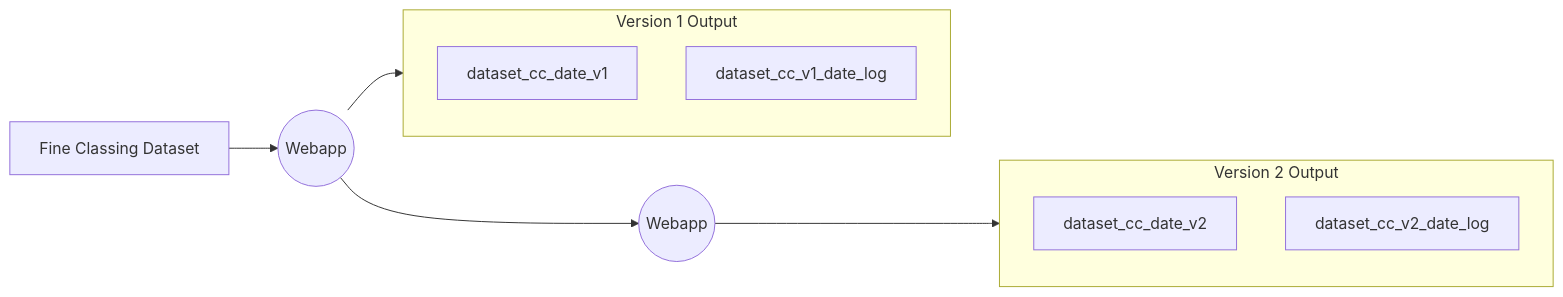
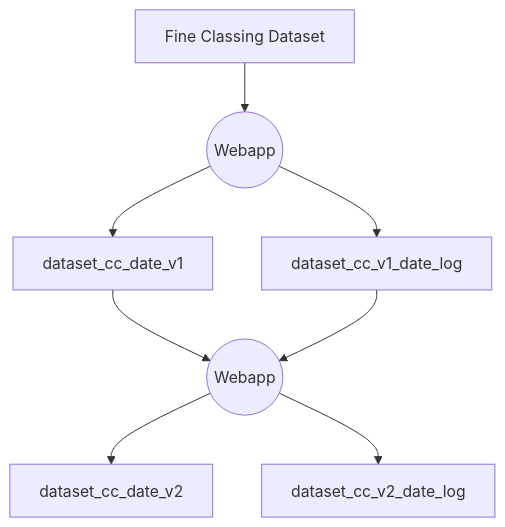
One commit to HaoWuSprintMilestone/NorthernArc_Rebuild changed the diagram in doc/Implementation.md. Above: the diagram before and after it, drawn with Mermaid.

Commit message:
update workflow

````diff
--- a/doc/Implementation.md
+++ b/doc/Implementation.md
@@ -166,18 +166,10 @@
 ```mermaid
-graph LR
+graph TD
     A[Fine Classing Dataset] --> B((Webapp))
-    B --> E((Webapp))
-    
-    subgraph V1 [Version 1 Output]
-    C[dataset_cc_date_v1]
-    D[dataset_cc_v1_date_log]
-    end
-    
-    subgraph V2 [Version 2 Output]
-    F[dataset_cc_date_v2]
-    G[dataset_cc_v2_date_log]
-    end
-    
-    B --> V1
-    E --> V2
+    B --> C1[dataset_cc_date_v1]
+    B --> C2[dataset_cc_v1_date_log]
+    C1 --> D((Webapp))
+    C2 --> D
+    D --> E1[dataset_cc_date_v2]
+    D --> E2[dataset_cc_v2_date_log]
 ```
````
